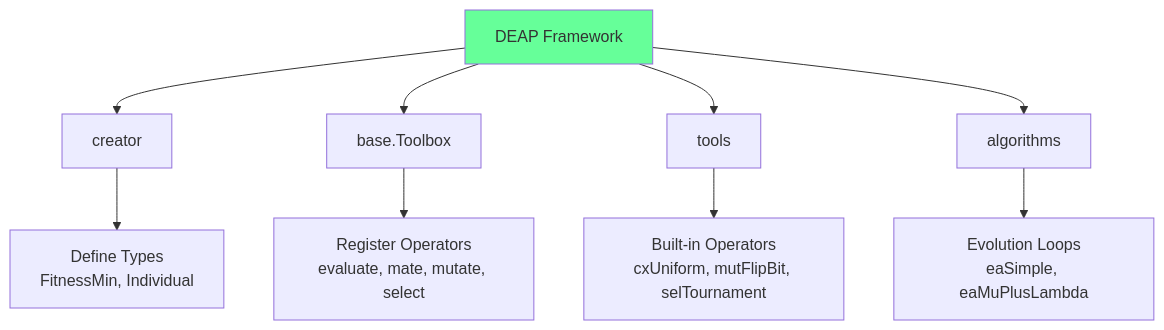
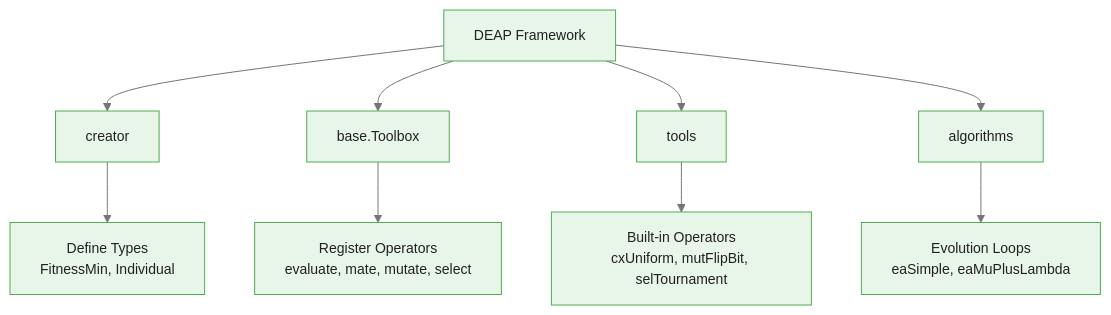
One commit to m-deane/course-creator changed the first of 2 diagrams in courses/genetic-algorithms-feature-selection/modules/module_04_implementation/guides/01_deap_implementation_slides.md. Above: the diagram before and after it, drawn with Mermaid. The commit also changed other lines of this file and 52 other files, not shown here.

````diff
--- a/courses/genetic-algorithms-feature-selection/modules/module_04_implementation/guides/01_deap_implementation_slides.md
+++ b/courses/genetic-algorithms-feature-selection/modules/module_04_implementation/guides/01_deap_implementation_slides.md
@@ -22,12 +22,12 @@
 ```mermaid
+%%{init: {"theme": "base", "themeVariables": {"primaryColor": "#e8f5e9", "primaryBorderColor": "#4caf50", "primaryTextColor": "#212121", "secondaryColor": "#e3f2fd", "tertiaryColor": "#fff8e1", "lineColor": "#757575", "fontFamily": "Inter, sans-serif", "fontSize": "14px"}}}%%
 flowchart TD
     A[DEAP Framework] --> B[creator]
     A --> C[base.Toolbox]
     A --> D[tools]
     A --> E[algorithms]
     B --> B1["Define Types<br/>FitnessMin, Individual"]
     C --> C1["Register Operators<br/>evaluate, mate, mutate, select"]
     D --> D1["Built-in Operators<br/>cxUniform, mutFlipBit, selTournament"]
     E --> E1["Evolution Loops<br/>eaSimple, eaMuPlusLambda"]
-    style A fill:#6f9
 ```
````
